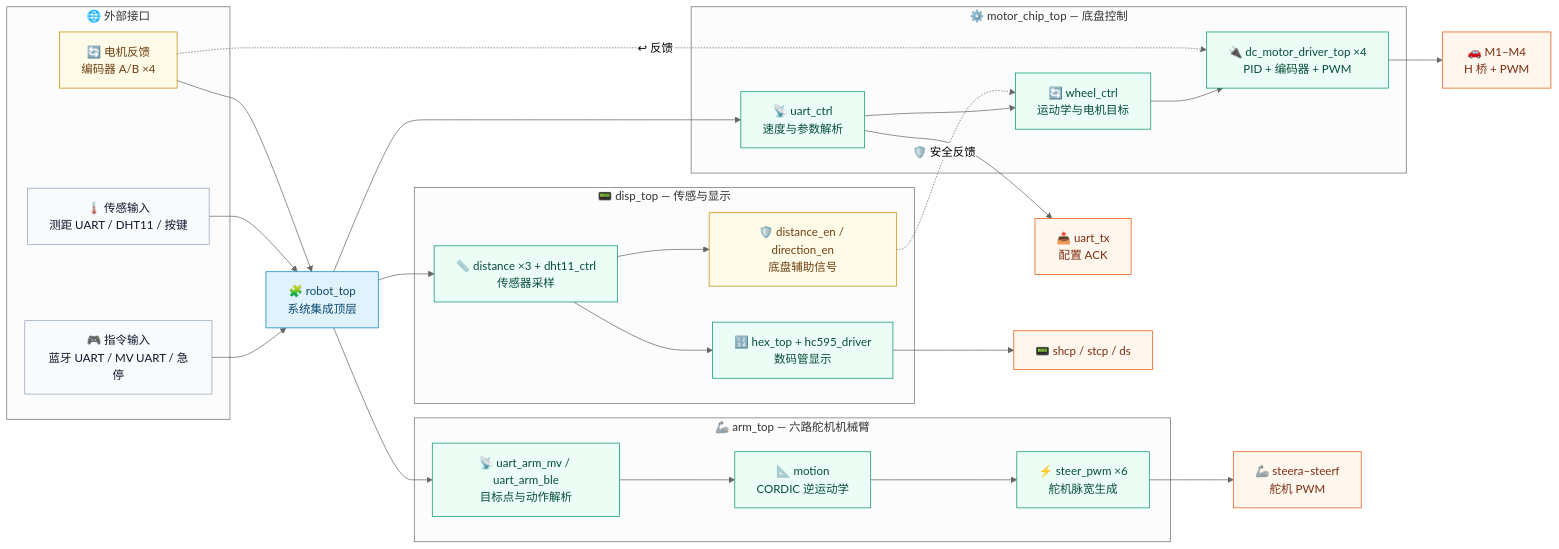
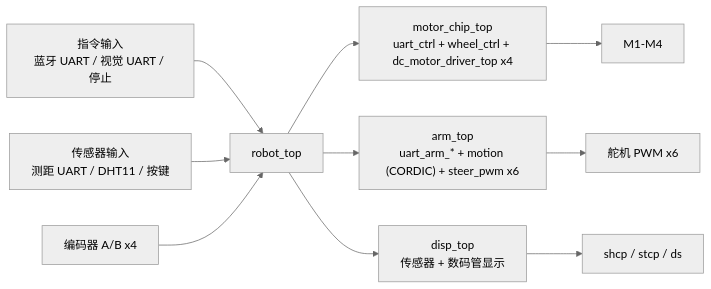
One commit to yifeistarwang-coder/RoboMotion-FPGA changed the diagram in README_CN.md. Above: the diagram before and after it, drawn with Mermaid (neutral theme). The commit also changed other lines of this file and 1 other file, not shown here.

````diff
--- a/README_CN.md
+++ b/README_CN.md
@@ -142,61 +62,14 @@
 ```mermaid
 flowchart LR
-  classDef external fill:#f8fafc,stroke:#94a3b8,color:#0f172a;
-  classDef top fill:#e0f2fe,stroke:#0284c7,color:#0c4a6e;
-  classDef core fill:#ecfdf5,stroke:#059669,color:#064e3b;
-  classDef output fill:#fff7ed,stroke:#ea580c,color:#7c2d12;
-  classDef feedback fill:#fefce8,stroke:#ca8a04,color:#713f12;
+  command_in["指令输入<br/>蓝牙 UART / 视觉 UART / 停止"] --> robot_top
+  sensor_in["传感器输入<br/>测距 UART / DHT11 / 按键"] --> robot_top
+  enc["编码器 A/B x4"] --> robot_top
 
-  subgraph IN["🌐 外部接口"]
-    command_in["🎮 指令输入<br/>蓝牙 UART / MV UART / 急停"]
-    sensor_in["🌡️ 传感输入<br/>测距 UART / DHT11 / 按键"]
-    enc["🔄 电机反馈<br/>编码器 A/B ×4"]
-  end
-
-  robot_top["🧩 robot_top<br/>系统集成顶层"]
-
-  subgraph CHASSIS["⚙️ motor_chip_top — 底盘控制"]
-    chassis_uart["📡 uart_ctrl<br/>速度与参数解析"]
-    wheel_ctrl["🔄 wheel_ctrl<br/>运动学与电机目标"]
-    motor_driver["🔌 dc_motor_driver_top ×4<br/>PID + 编码器 + PWM"]
-  end
-
-  subgraph ARM["🦾 arm_top — 六路舵机机械臂"]
-    arm_uart["📡 uart_arm_mv / uart_arm_ble<br/>目标点与动作解析"]
-    arm_motion["📐 motion<br/>CORDIC 逆运动学"]
-    servo_pwm["⚡ steer_pwm ×6<br/>舵机脉宽生成"]
-  end
-
-  subgraph DISPLAY["📟 disp_top — 传感与显示"]
-    sensing["📏 distance ×3 + dht11_ctrl<br/>传感器采样"]
-    display["🔢 hex_top + hc595_driver<br/>数码管显示"]
-    guard["🛡️ distance_en / direction_en<br/>底盘辅助信号"]
-  end
-
-  command_in --> robot_top
-  sensor_in --> robot_top
-  enc --> robot_top
-
-  robot_top --> chassis_uart
-  chassis_uart --> wheel_ctrl
-  wheel_ctrl --> motor_driver
-  motor_driver --> motors["🚗 M1–M4<br/>H 桥 + PWM"]
-  enc -. ↩ 反馈 .-> motor_driver
-  chassis_uart --> uart_tx["📤 uart_tx<br/>配置 ACK"]
-
-  robot_top --> arm_uart
-  arm_uart --> arm_motion
-  arm_motion --> servo_pwm
-  servo_pwm --> servos["🦾 steera–steerf<br/>舵机 PWM"]
-
-  robot_top --> sensing
-  sensing --> display
-  display --> panel["📟 shcp / stcp / ds"]
-  sensing --> guard -. 🛡️ 安全反馈 .-> wheel_ctrl
-
-  class command_in,sensor_in external;
-  class robot_top top;
-  class chassis_uart,wheel_ctrl,motor_driver,arm_uart,arm_motion,servo_pwm,sensing,display,guard core;
-  class motors,uart_tx,servos,panel output;
-  class enc,guard feedback;
+  robot_top["robot_top"]
+  robot_top --> chassis["motor_chip_top<br/>uart_ctrl + wheel_ctrl + dc_motor_driver_top x4"]
+  robot_top --> arm["arm_top<br/>uart_arm_* + motion (CORDIC) + steer_pwm x6"]
+  robot_top --> disp["disp_top<br/>传感器 + 数码管显示"]
+  chassis --> motors["M1-M4"]
+  arm --> servos["舵机 PWM x6"]
+  disp --> panel["shcp / stcp / ds"]
 ```
````
